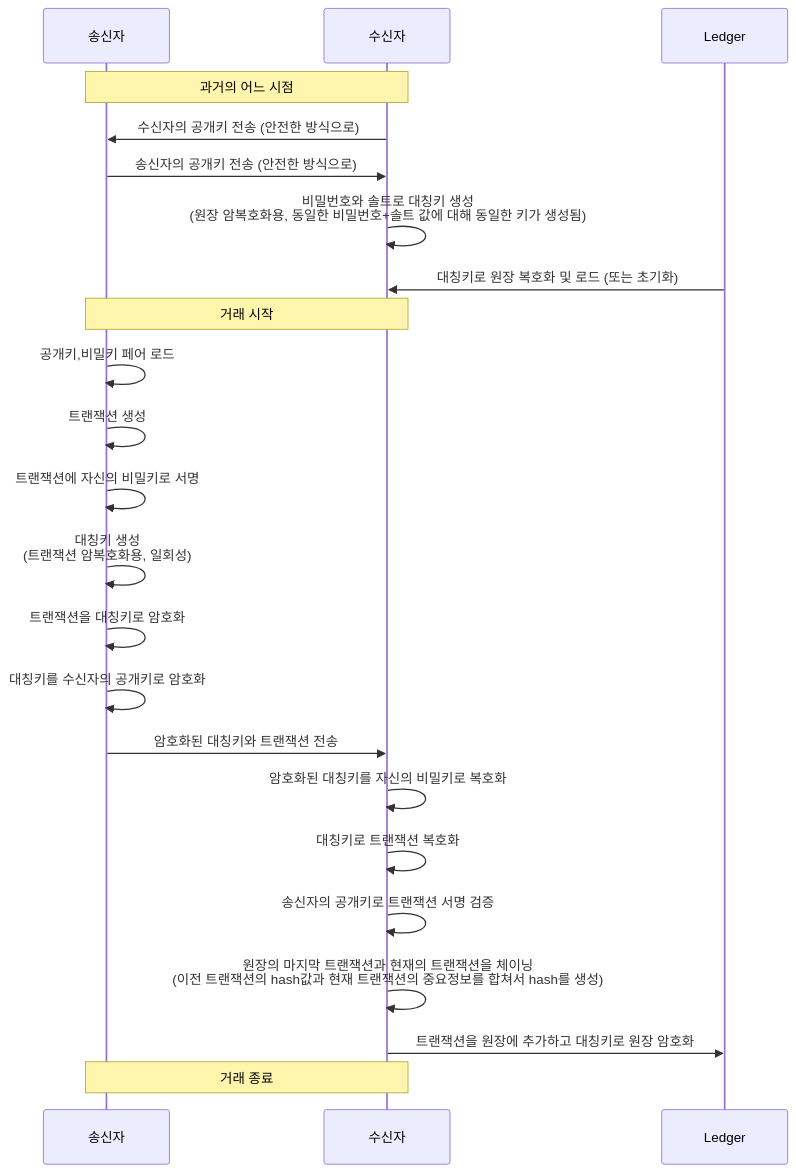
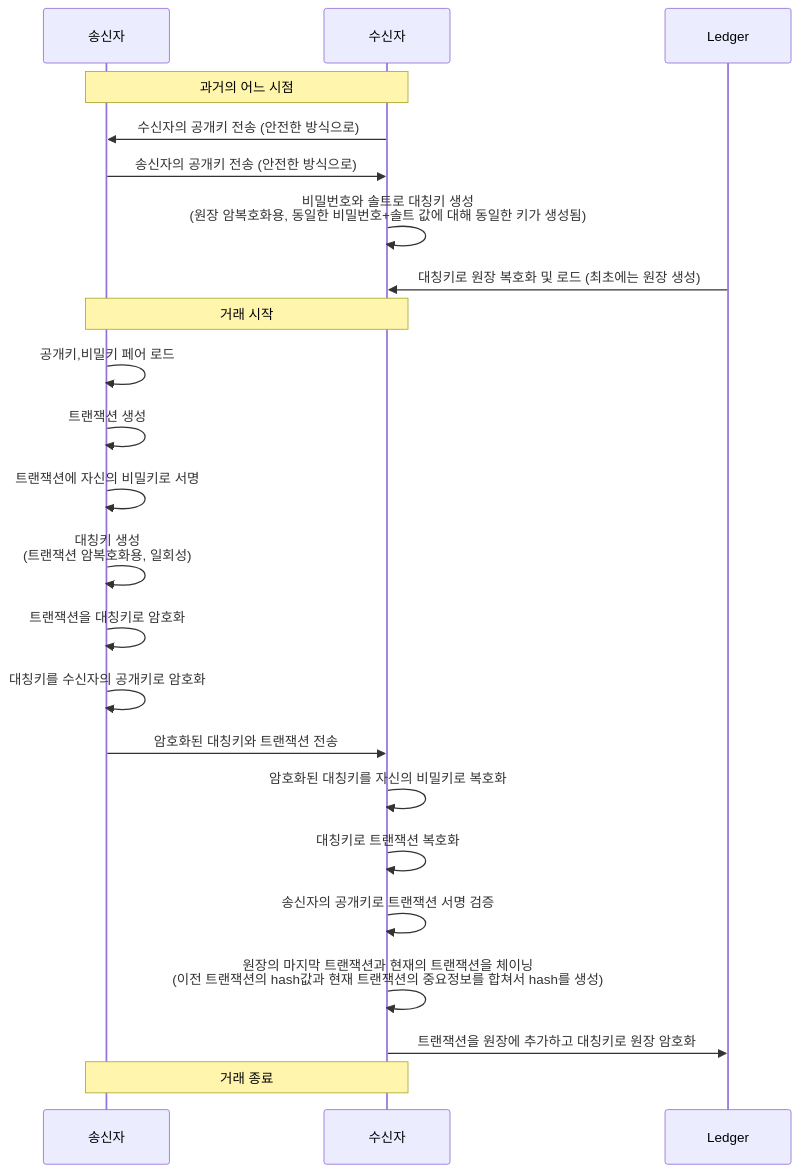
Before and after one commit to tanminkwan/blockchain: the first of 2 diagrams in README.md, drawn with Mermaid.

````diff
--- a/README.md
+++ b/README.md
@@ -2,25 +2,25 @@
 ```mermaid
 sequenceDiagram
     participant 송신자
     participant 수신자
     participant Ledger
     Note over 송신자,수신자: 과거의 어느 시점
     수신자->>송신자: 수신자의 공개키 전송 (안전한 방식으로)
     송신자->>수신자: 송신자의 공개키 전송 (안전한 방식으로)
     수신자->>수신자: 비밀번호와 솔트로 대칭키 생성<br/>(원장 암복호화용, 동일한 비밀번호+솔트 값에 대해 동일한 키가 생성됨)
-    Ledger->>수신자: 대칭키로 원장 복호화 및 로드 (또는 초기화)
+    Ledger->>수신자: 대칭키로 원장 복호화 및 로드 (최초에는 원장 생성)
     Note over 송신자,수신자: 거래 시작
     송신자->>송신자: 공개키,비밀키 페어 로드
     송신자->>송신자: 트랜잭션 생성
     송신자->>송신자: 트랜잭션에 자신의 비밀키로 서명
     송신자->>송신자: 대칭키 생성<br/>(트랜잭션 암복호화용, 일회성)
     송신자->>송신자: 트랜잭션을 대칭키로 암호화
     송신자->>송신자: 대칭키를 수신자의 공개키로 암호화
     송신자->>수신자: 암호화된 대칭키와 트랜잭션 전송
     수신자->>수신자: 암호화된 대칭키를 자신의 비밀키로 복호화
     수신자->>수신자: 대칭키로 트랜잭션 복호화
     수신자->>수신자: 송신자의 공개키로 트랜잭션 서명 검증
     수신자->>수신자: 원장의 마지막 트랜잭션과 현재의 트랜잭션을 체이닝<br/>(이전 트랜잭션의 hash값과 현재 트랜잭션의 중요정보를 합쳐서 hash를 생성)
     수신자->>Ledger: 트랜잭션을 원장에 추가하고 대칭키로 원장 암호화
     Note over 송신자,수신자: 거래 종료
 ```
````
